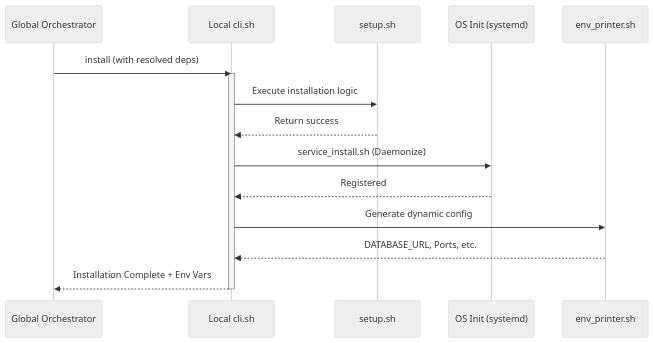
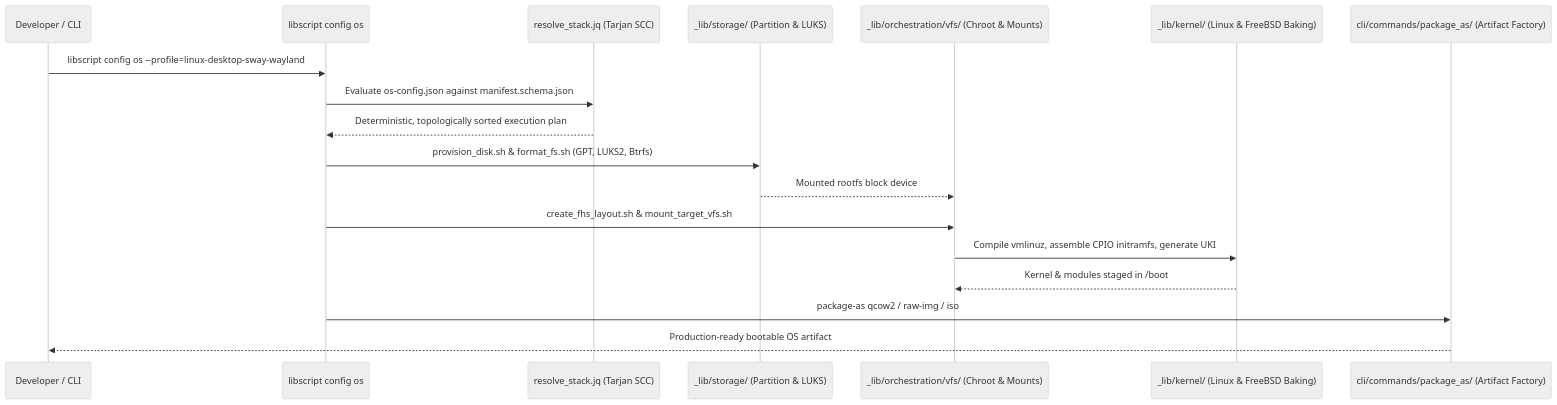
One commit to SamuelMarks/libscript changed the fifth of 7 diagrams in ARCHITECTURE.md. Above: the diagram before and after it, drawn with Mermaid (neutral theme). The commit also changed other lines of this file and 385 other files, not shown here.

````diff
--- a/ARCHITECTURE.md
+++ b/ARCHITECTURE.md
@@ -85,19 +210,21 @@
 ```mermaid
 sequenceDiagram
-    participant Orchestrator as Global Orchestrator
-    participant CLI as Local cli.sh
-    participant Setup as setup.sh
-    participant Init as OS Init (systemd)
-    participant Env as env_printer.sh
+    participant User as Developer / CLI
+    participant Config as libscript config os
+    participant Solver as resolve_stack.jq (Tarjan SCC)
+    participant Storage as _lib/storage/ (Partition & LUKS)
+    participant VFS as _lib/orchestration/vfs/ (Chroot & Mounts)
+    participant Kernel as _lib/kernel/ (Linux & FreeBSD Baking)
+    participant PackageAs as cli/commands/package_as/ (Artifact Factory)
 
-    Orchestrator->>CLI: install (with resolved deps)
-    activate CLI
-    CLI->>Setup: Execute installation logic
-    Setup-->>CLI: Return success
-    CLI->>Init: service_install.sh (Daemonize)
-    Init-->>CLI: Registered
-    CLI->>Env: Generate dynamic config
-    Env-->>CLI: DATABASE_URL, Ports, etc.
-    CLI-->>Orchestrator: Installation Complete + Env Vars
-    deactivate CLI
+    User->>Config: libscript config os --profile=linux-desktop-sway-wayland
+    Config->>Solver: Evaluate os-config.json against manifest.schema.json
+    Solver-->>Config: Deterministic, topologically sorted execution plan
+    Config->>Storage: provision_disk.sh & format_fs.sh (GPT, LUKS2, Btrfs)
+    Storage-->>VFS: Mounted rootfs block device
+    Config->>VFS: create_fhs_layout.sh & mount_target_vfs.sh
+    VFS->>Kernel: Compile vmlinuz, assemble CPIO initramfs, generate UKI
+    Kernel-->>VFS: Kernel & modules staged in /boot
+    Config->>PackageAs: package-as qcow2 / raw-img / iso
+    PackageAs-->>User: Production-ready bootable OS artifact
 ```
````
